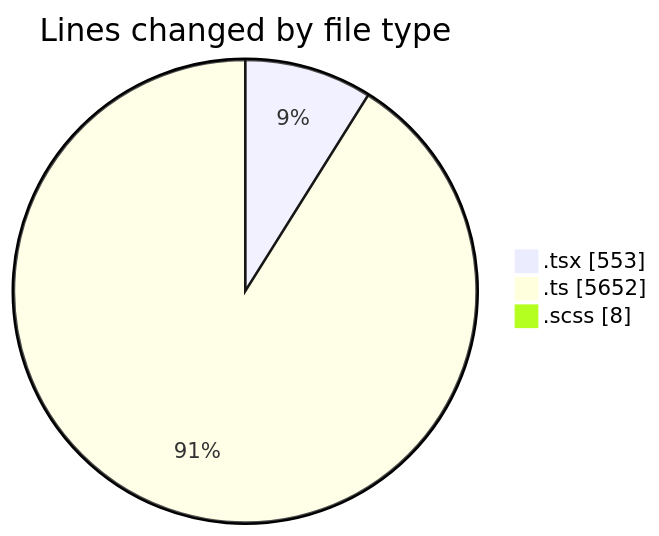
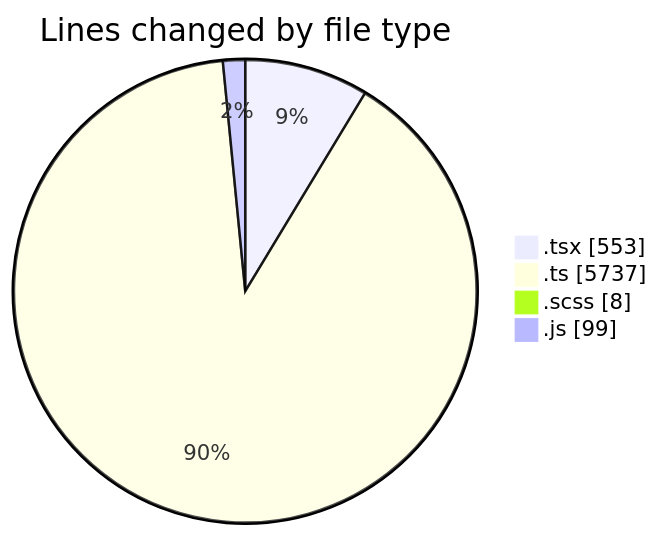
One commit to momahboobian/code-tracking changed the first of 2 diagrams in 2025-03-26/cda/README.md. Above: the diagram before and after it, drawn with Mermaid. The commit also changed other lines of this file and 1 other file, not shown here.

````diff
--- a/2025-03-26/cda/README.md
+++ b/2025-03-26/cda/README.md
@@ -32,7 +34,8 @@
 ```mermaid
 pie showData
 title Lines changed by file type
 ".tsx" : 553
-".ts" : 5652
+".ts" : 5737
 ".scss" : 8
+".js" : 99
 ```
````
